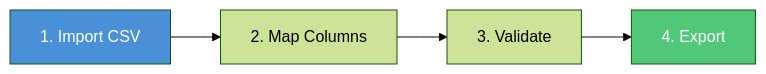
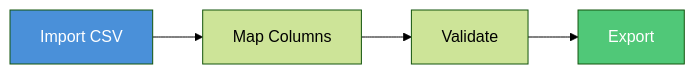
Before and after one commit to rubentalstra/Trial-Submission-Studio: the diagram in docs/src/getting-started/quick-start.md, drawn with Mermaid (forest theme). The commit also changed 1 other file, not shown here.

Commit message:
fix: update mermaid diagram labels for clarity in getting-started and quick-start documentation

````diff
--- a/docs/src/getting-started/quick-start.md
+++ b/docs/src/getting-started/quick-start.md
@@ -9,9 +9,9 @@
 ```mermaid
 flowchart LR
-    A[1. Import CSV] --> B[2. Map Columns]
-    B --> C[3. Validate]
-    C --> D[4. Export]
+    A["Import CSV"] --> B["Map Columns"]
+    B --> C["Validate"]
+    C --> D["Export"]
 
     style A fill:#4a90d9,color:#fff
     style D fill:#50c878,color:#fff
 ```
````
